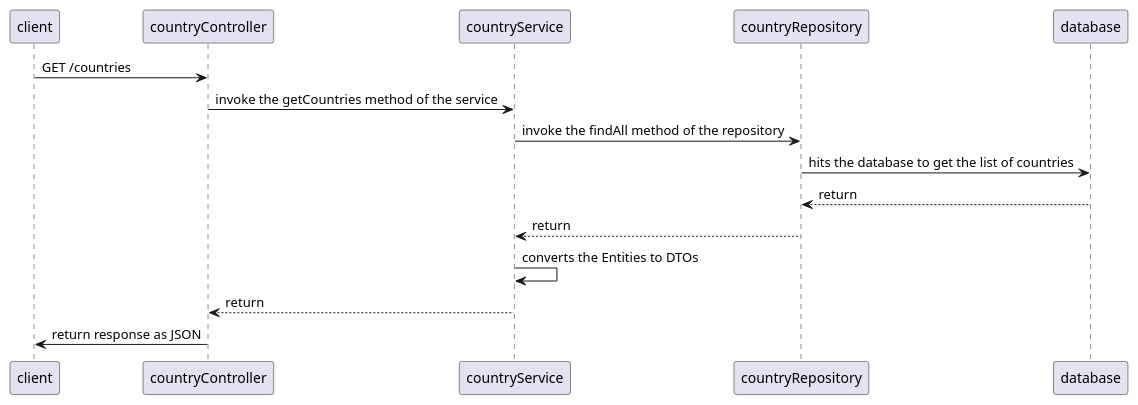
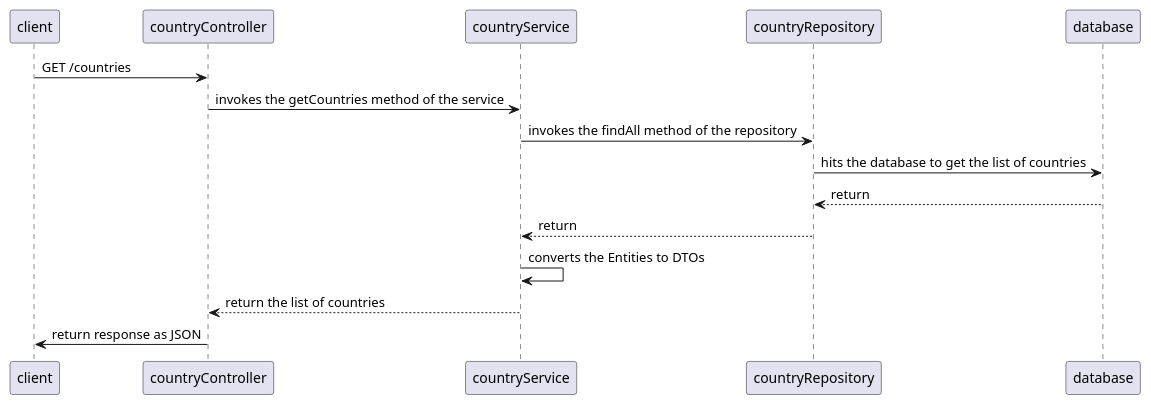
One commit to laminba2003/spring-rest-services changed the second of 4 diagrams in src/main/asciidoc/index.adoc. Above: the diagram before and after it, drawn with PlantUML. The commit also changed other lines of this file, not shown here.

```diff
--- a/src/main/asciidoc/index.adoc
+++ b/src/main/asciidoc/index.adoc
@@ -57,20 +57,20 @@
 [plantuml, GetCountries-sequence-diagram, png]
 ----
 
 participant client
 participant countryController
 participant countryService
 participant countryRepository
 participant database
 
 client -> countryController: GET /countries
-countryController -> countryService: invoke the getCountries method of the service
-countryService -> countryRepository: invoke the findAll method of the repository
+countryController -> countryService: invokes the getCountries method of the service
+countryService -> countryRepository: invokes the findAll method of the repository
 countryRepository -> database: hits the database to get the list of countries
 countryRepository <-- database: return
 countryService <-- countryRepository: return
 countryService -> countryService: converts the Entities to DTOs
-countryController <-- countryService: return
+countryController <-- countryService: return the list of countries
 countryController -> client: return response as JSON
 
 ----
```
